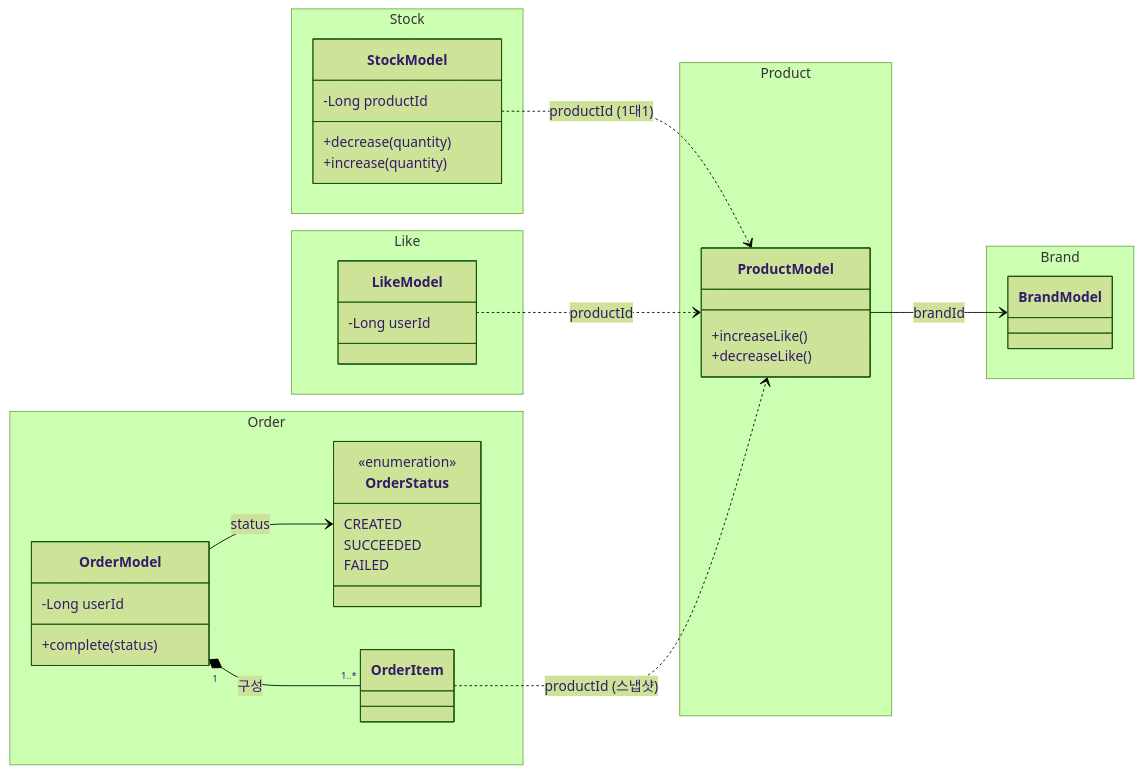
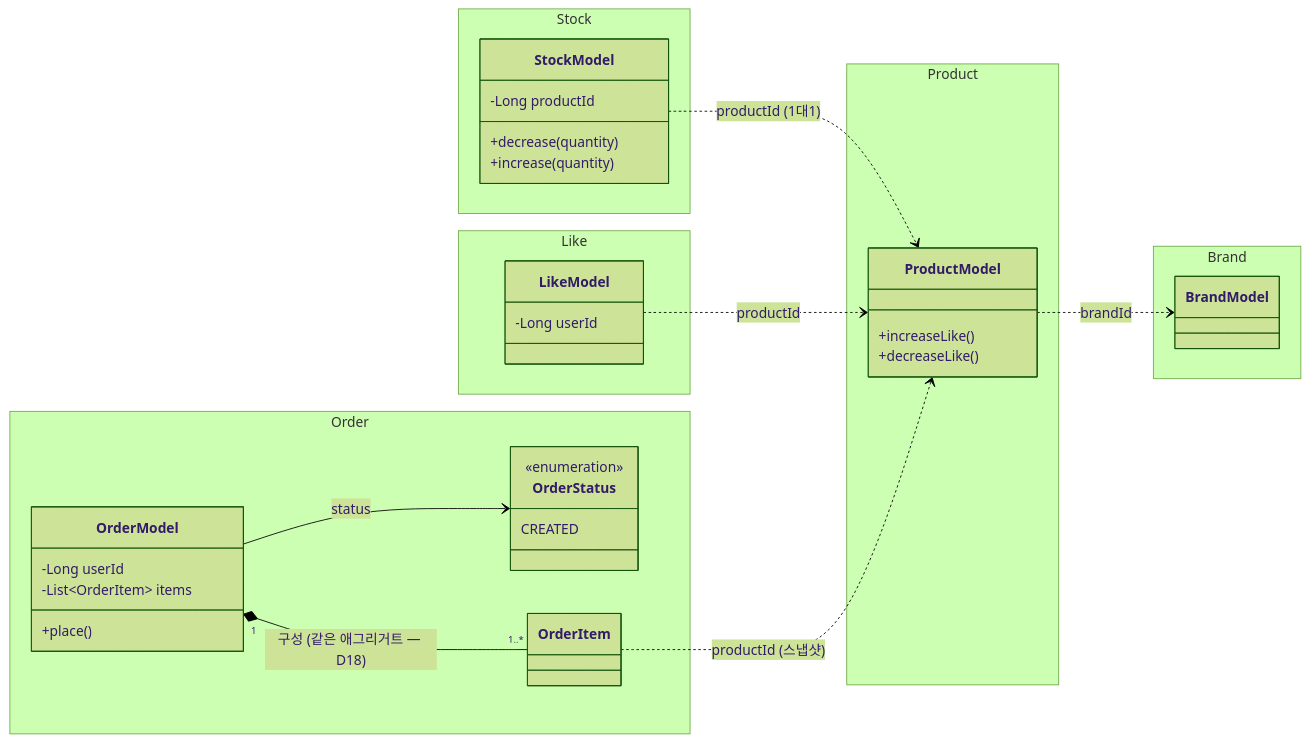
Before and after one commit to Hwasowl/loop-pack-be-l2-vol4-java: the diagram in .docs/design/03-class-diagram.md, drawn with Mermaid (forest theme). The commit also changed 20 other files, not shown here.

First line of the commit message:
refactor: 동시성/실패복구 작업을 다음 라운드로 분리 + Order↔OrderItem JPA 매핑 복원

````diff
--- a/.docs/design/03-class-diagram.md
+++ b/.docs/design/03-class-diagram.md
@@ -7,50 +7,49 @@
 ```mermaid
 classDiagram
     direction LR
 
     namespace Brand {
         class BrandModel
     }
 
     namespace Product {
         class ProductModel {
             +increaseLike()
             +decreaseLike()
         }
     }
 
     namespace Stock {
         class StockModel {
             -Long productId
             +decrease(quantity)
             +increase(quantity)
         }
     }
 
     namespace Like {
         class LikeModel {
             -Long userId
         }
     }
 
     namespace Order {
         class OrderStatus {
             <<enumeration>>
             CREATED
-            SUCCEEDED
-            FAILED
         }
         class OrderModel {
             -Long userId
-            +complete(status)
+            -List~OrderItem~ items
+            +place()
         }
         class OrderItem
     }
 
-    ProductModel --> BrandModel : brandId
+    ProductModel ..> BrandModel : brandId
     StockModel ..> ProductModel : productId (1대1)
-    OrderModel "1" *-- "1..*" OrderItem : 구성
+    OrderModel "1" *-- "1..*" OrderItem : 구성 (같은 애그리거트 — D18)
     OrderModel --> OrderStatus : status
     LikeModel ..> ProductModel : productId
     OrderItem ..> ProductModel : productId (스냅샷)
 ```
````
